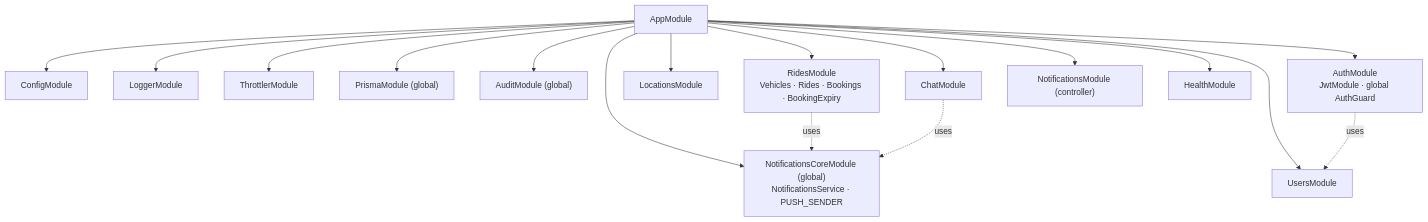
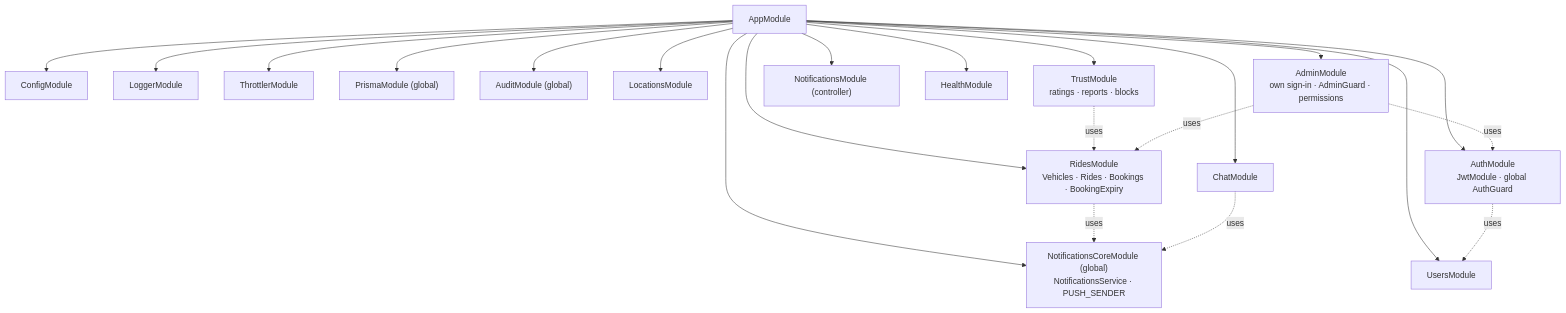
One commit to AhmedWaleed225/Wasla changed the first of 6 diagrams in docs/02-architecture.md. Above: the diagram before and after it, drawn with Mermaid. The commit also changed other lines of this file and 42 other files, not shown here.

First line of the commit message:
Phase 5: mobile trust screens, admin console, docs

````diff
--- a/docs/02-architecture.md
+++ b/docs/02-architecture.md
@@ -26,17 +27,21 @@
 ```mermaid
 flowchart TB
   AppModule --> ConfigModule & LoggerModule & ThrottlerModule
   AppModule --> PrismaModule["PrismaModule (global)"]
   AppModule --> AuditModule["AuditModule (global)"]
   AppModule --> NotificationsCoreModule["NotificationsCoreModule (global)<br/>NotificationsService · PUSH_SENDER"]
   AppModule --> UsersModule
   AppModule --> AuthModule["AuthModule<br/>JwtModule · global AuthGuard"]
   AppModule --> LocationsModule
   AppModule --> RidesModule["RidesModule<br/>Vehicles · Rides · Bookings · BookingExpiry"]
   AppModule --> ChatModule
+  AppModule --> TrustModule["TrustModule<br/>ratings · reports · blocks"]
+  AppModule --> AdminModule["AdminModule<br/>own sign-in · AdminGuard · permissions"]
   AppModule --> NotificationsModule["NotificationsModule (controller)"]
   AppModule --> HealthModule
   RidesModule -.uses.-> NotificationsCoreModule
   ChatModule -.uses.-> NotificationsCoreModule
+  TrustModule -.uses.-> RidesModule
+  AdminModule -.uses.-> RidesModule & AuthModule
   AuthModule -.uses.-> UsersModule
 ```
````
